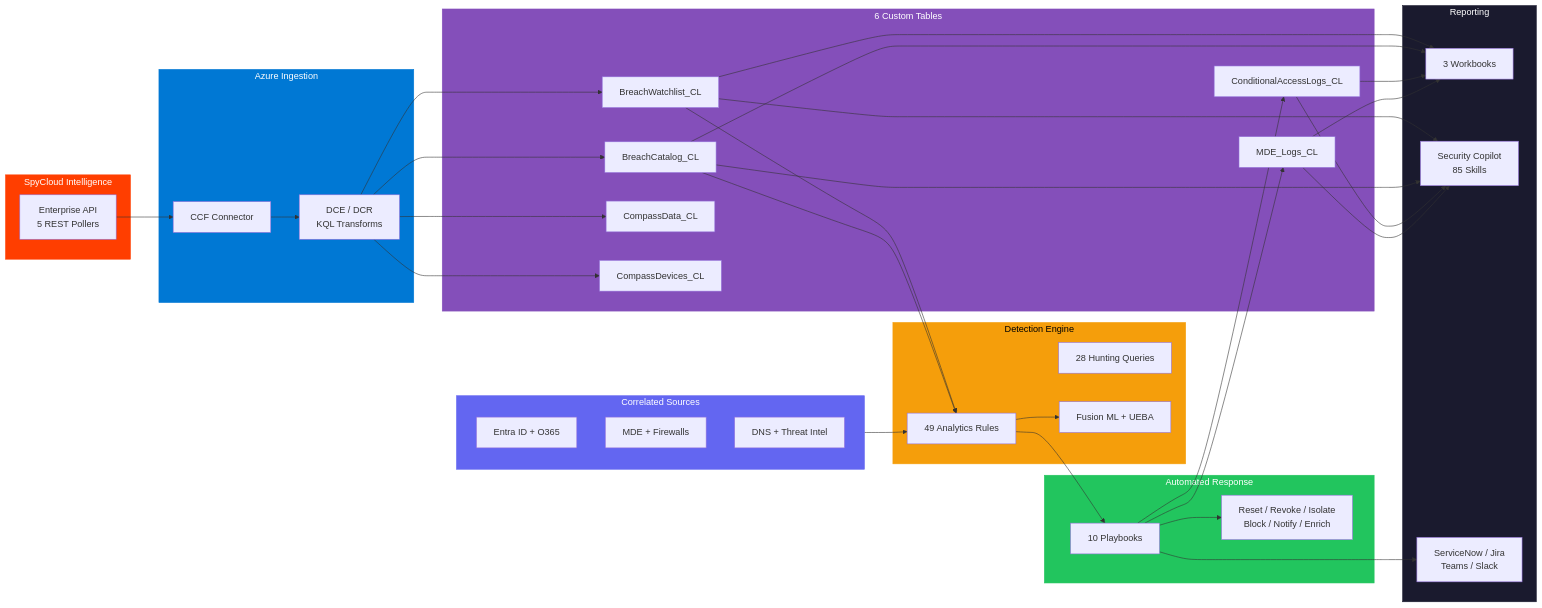
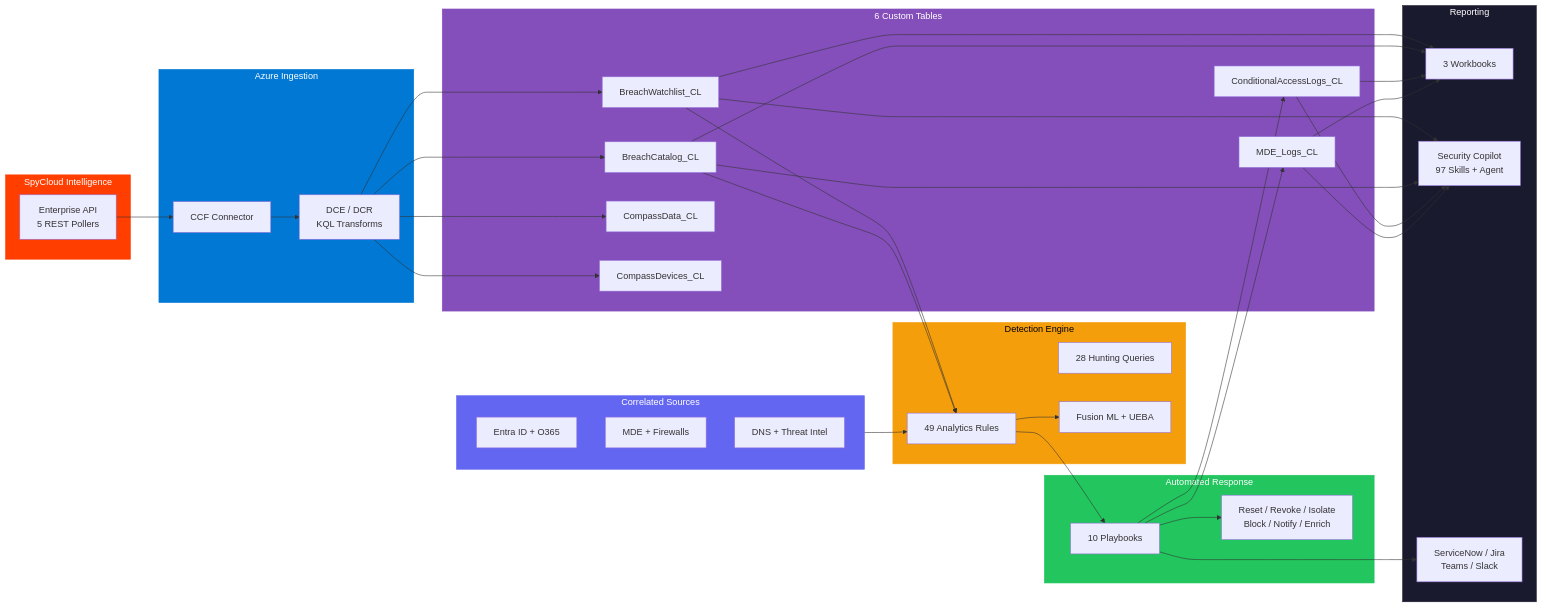
One commit to iammrherb/SPYCLOUD-SENTINEL changed the diagram in README.md. Above: the diagram before and after it, drawn with Mermaid. The commit also changed other lines of this file and 5 other files, not shown here.

````diff
--- a/README.md
+++ b/README.md
@@ -102,60 +102,60 @@
 ```mermaid
 graph LR
     subgraph SRC["SpyCloud Intelligence"]
         API["Enterprise API<br/>5 REST Pollers"]
     end
 
     subgraph INGEST["Azure Ingestion"]
         CCF["CCF Connector"]
         DCR["DCE / DCR<br/>KQL Transforms"]
     end
 
     subgraph TABLES["6 Custom Tables"]
         T1["BreachWatchlist_CL"]
         T2["BreachCatalog_CL"]
         T3["CompassData_CL"]
         T4["CompassDevices_CL"]
         T5["ConditionalAccessLogs_CL"]
         T6["MDE_Logs_CL"]
     end
 
     subgraph DETECT["Detection Engine"]
         AR["49 Analytics Rules"]
         HQ["28 Hunting Queries"]
         ML["Fusion ML + UEBA"]
     end
 
     subgraph CORRELATE["Correlated Sources"]
         SIG["Entra ID + O365"]
         SEC["MDE + Firewalls"]
         NET["DNS + Threat Intel"]
     end
 
     subgraph RESPOND["Automated Response"]
         PB["10 Playbooks"]
         REM["Reset / Revoke / Isolate<br/>Block / Notify / Enrich"]
     end
 
     subgraph REPORT["Reporting"]
         WB["3 Workbooks"]
-        CP["Security Copilot<br/>85 Skills"]
+        CP["Security Copilot<br/>97 Skills + Agent"]
         TK["ServiceNow / Jira<br/>Teams / Slack"]
     end
 
     API --> CCF --> DCR --> T1 & T2 & T3 & T4
     T1 & T2 --> AR
     CORRELATE --> AR
     AR --> ML
     AR --> PB --> REM
     PB --> T5 & T6
     T1 & T2 & T5 & T6 --> WB & CP
     PB --> TK
 
     style SRC fill:#FF3E00,stroke:#FF3E00,color:#fff
     style INGEST fill:#0078D4,stroke:#0078D4,color:#fff
     style TABLES fill:#844FBA,stroke:#844FBA,color:#fff
     style DETECT fill:#F59E0B,stroke:#F59E0B,color:#000
     style CORRELATE fill:#6366F1,stroke:#6366F1,color:#fff
     style RESPOND fill:#22C55E,stroke:#22C55E,color:#fff
     style REPORT fill:#1a1a2e,stroke:#1a1a2e,color:#fff
 ```
````
